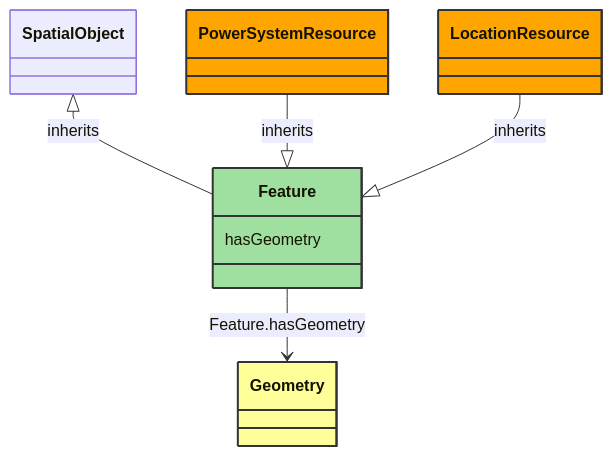
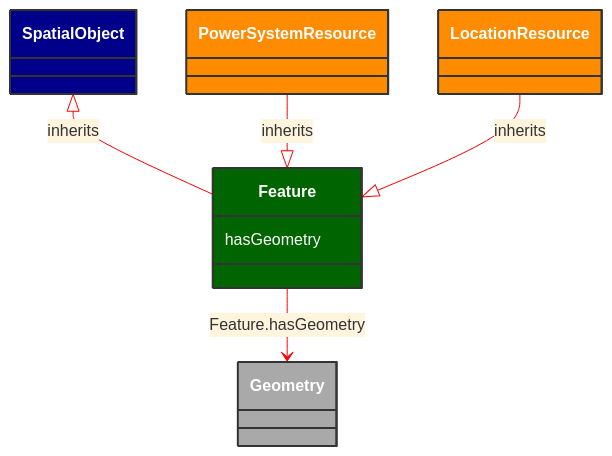
One commit to 3lbits/NoCIMExtensions changed the diagram in docs/Models/Profiles/AviationObstacle/ConcreteClasses/Feature.md. Above: the diagram before and after it, drawn with Mermaid. The commit also changed 58 other files, not shown here.

````diff
--- a/docs/Models/Profiles/AviationObstacle/ConcreteClasses/Feature.md
+++ b/docs/Models/Profiles/AviationObstacle/ConcreteClasses/Feature.md
@@ -8,31 +8,32 @@
 ```mermaid
+%%{init: {'theme':'base','themeVariables': {'lineColor': '#FF0000'}}}%%
 classDiagram
     class Feature
     click Feature href "/Models/Profiles/AviationObstacle/ConcreteClasses/Feature/"
-    style Feature fill:#9fdf9f,stroke:#333,stroke-width:2px,rx:10,ry:10
+    style Feature fill:#006400,stroke:#333,stroke-width:2px,rx:10,ry:10,color:white
 
         SpatialObject <|-- Feature : inherits
             click SpatialObject href "/Models/Profiles/AviationObstacle/ConcreteClasses/SpatialObject/"
-            style SpatialObject rx:10,ry:10
+            style SpatialObject fill:#00008B,stroke:#333,stroke-width:2px,rx:10,ry:10,color:white
 
         Feature
             click Feature href "/Models/Profiles/AviationObstacle/ConcreteClasses/Feature/"
-            style Feature rx:10,ry:10
+            style SpatialObject fill:#00008B,stroke:#333,stroke-width:2px,rx:10,ry:10,color:white
 
         PowerSystemResource --|> Feature : inherits
             click PowerSystemResource href "/Models/Profiles/AviationObstacle/AbstractClasses/PowerSystemResource/"
-            style PowerSystemResource fill:#FFA500,stroke:#333,stroke-width:2px,rx:10,ry:10
+            style PowerSystemResource fill:#FF8C00,stroke:#333,stroke-width:2px,rx:10,ry:10,color:white
 
         LocationResource --|> Feature : inherits
             click LocationResource href "/Models/Profiles/AviationObstacle/AbstractClasses/LocationResource/"
-            style LocationResource fill:#FFA500,stroke:#333,stroke-width:2px,rx:10,ry:10
+            style LocationResource fill:#FF8C00,stroke:#333,stroke-width:2px,rx:10,ry:10,color:white
 
         Feature --> Geometry : Feature.hasGeometry
 
         Geometry
             click Geometry href "/Models/Profiles/AviationObstacle/ConcreteClasses/Geometry/"
-            style Geometry fill:#ffff99,stroke:#333,stroke-width:2px,rx:10,ry:10
+            style Geometry fill:#A9A9A9,stroke:#333,stroke-width:2px,rx:10,ry:10,color:white
 
 
         Feature : hasGeometry
 ```
````
